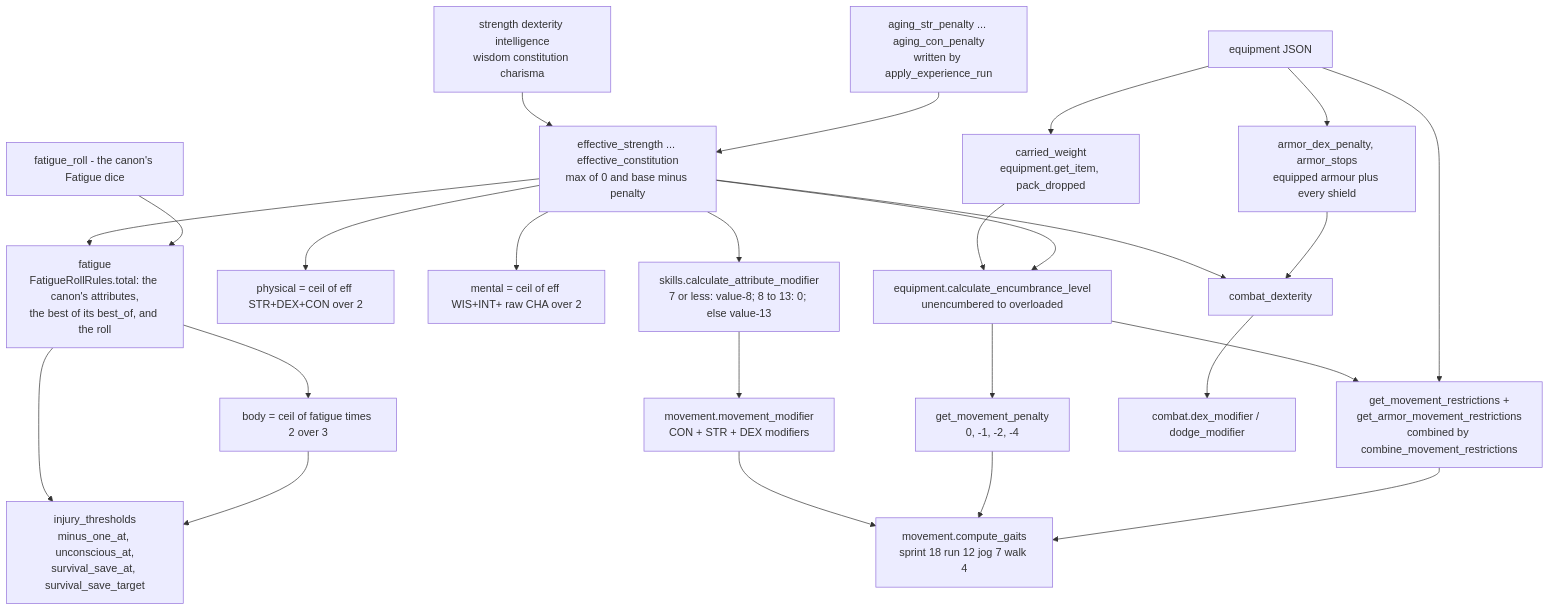
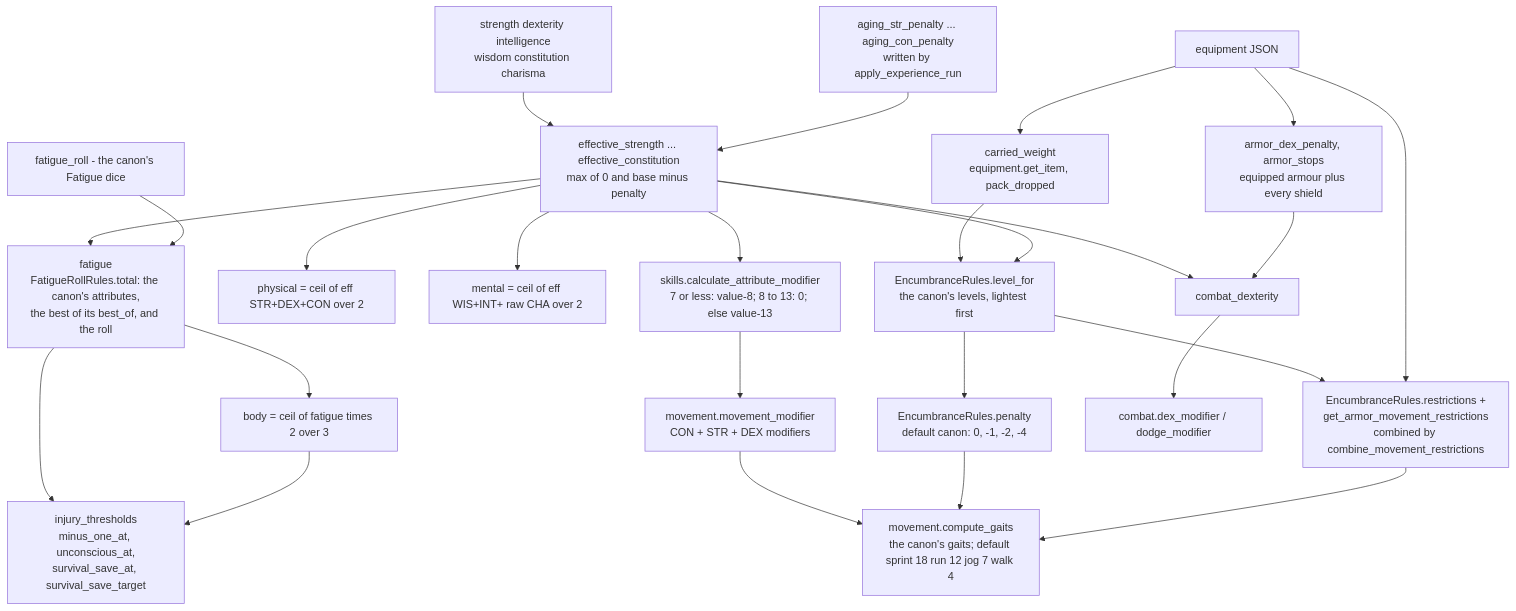
The sixth of 18 diagrams in docs/architecture.md (smarks/tarmar-studio), drawn with Mermaid before and after one commit. The commit also changed other lines of this file and 31 other files, not shown here.

````diff
--- a/docs/architecture.md
+++ b/docs/architecture.md
@@ -496,52 +504,52 @@
 ```mermaid
 flowchart TD
     base["strength dexterity intelligence<br/>wisdom constitution charisma"]
     aging["aging_str_penalty ... aging_con_penalty<br/>written by apply_experience_run"]
     eff["effective_strength ... effective_constitution<br/>max of 0 and base minus penalty"]
     base --> eff
     aging --> eff
 
     fatroll["fatigue_roll - the canon's Fatigue dice"]
     fat["fatigue<br/>FatigueRollRules.total: the canon's attributes,<br/>the best of its best_of, and the roll"]
     body["body = ceil of fatigue times 2 over 3"]
     inj["injury_thresholds<br/>minus_one_at, unconscious_at,<br/>survival_save_at, survival_save_target"]
     eff --> fat
     fatroll --> fat
     fat --> body
     fat --> inj
     body --> inj
 
     phys["physical = ceil of eff STR+DEX+CON over 2"]
     ment["mental = ceil of eff WIS+INT+ raw CHA over 2"]
     eff --> phys
     eff --> ment
 
     mod["skills.calculate_attribute_modifier<br/>7 or less: value-8; 8 to 13: 0; else value-13"]
     eff --> mod
     mmod["movement.movement_modifier<br/>CON + STR + DEX modifiers"]
     mod --> mmod
 
     equip["equipment JSON"]
     carried["carried_weight<br/>equipment.get_item, pack_dropped"]
     equip --> carried
-    enc["equipment.calculate_encumbrance_level<br/>unencumbered to overloaded"]
+    enc["EncumbranceRules.level_for<br/>the canon's levels, lightest first"]
     carried --> enc
     eff --> enc
-    pen["get_movement_penalty<br/>0, -1, -2, -4"]
+    pen["EncumbranceRules.penalty<br/>default canon: 0, -1, -2, -4"]
     enc --> pen
-    restr["get_movement_restrictions +<br/>get_armor_movement_restrictions<br/>combined by combine_movement_restrictions"]
+    restr["EncumbranceRules.restrictions +<br/>get_armor_movement_restrictions<br/>combined by combine_movement_restrictions"]
     enc --> restr
     equip --> restr
-    gaits["movement.compute_gaits<br/>sprint 18 run 12 jog 7 walk 4"]
+    gaits["movement.compute_gaits<br/>the canon's gaits; default sprint 18 run 12 jog 7 walk 4"]
     mmod --> gaits
     pen --> gaits
     restr --> gaits
 
     armor["armor_dex_penalty, armor_stops<br/>equipped armour plus every shield"]
     equip --> armor
     cdex["combat_dexterity"]
     eff --> cdex
     armor --> cdex
     tohit["combat.dex_modifier / dodge_modifier"]
     cdex --> tohit
 ```
````
